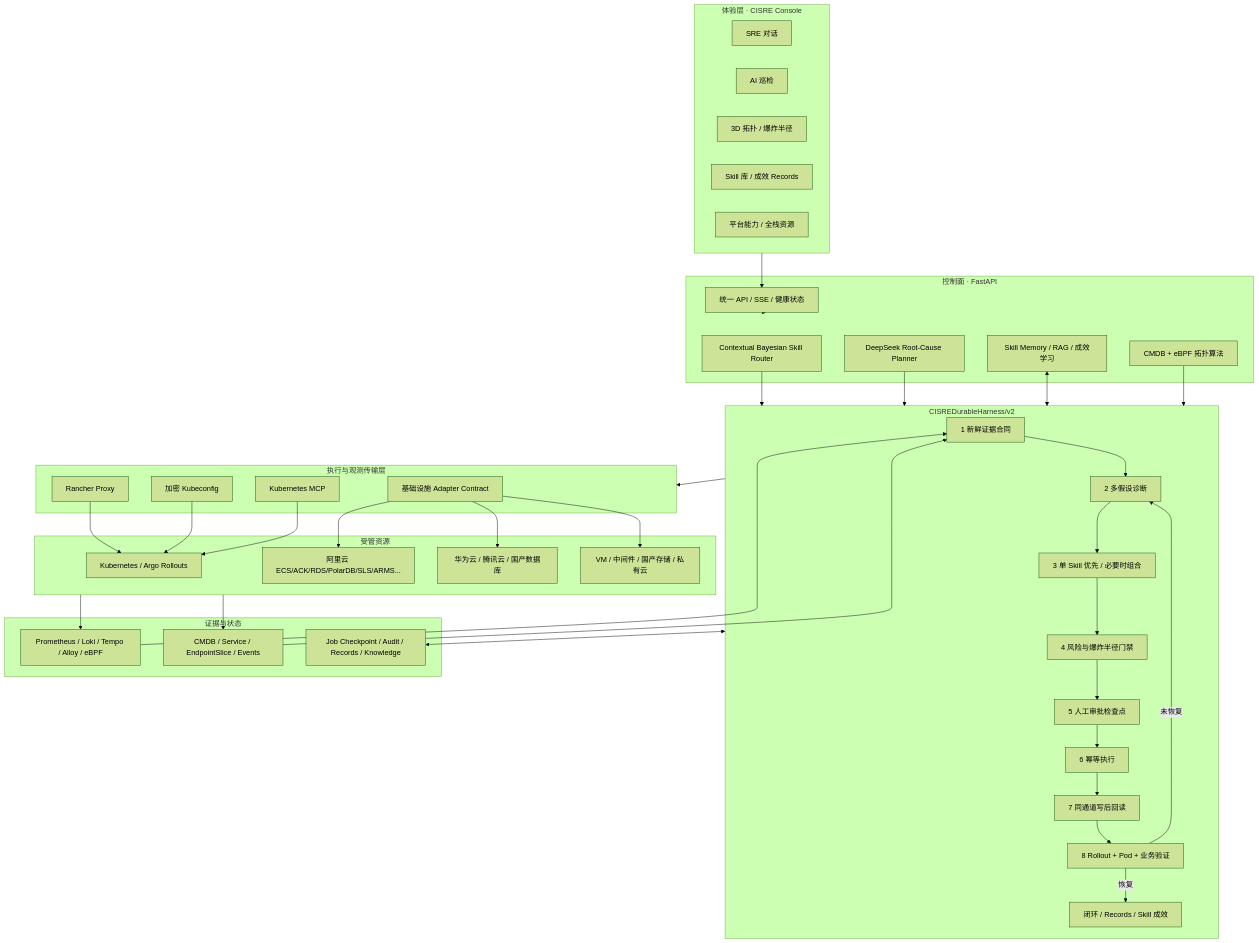
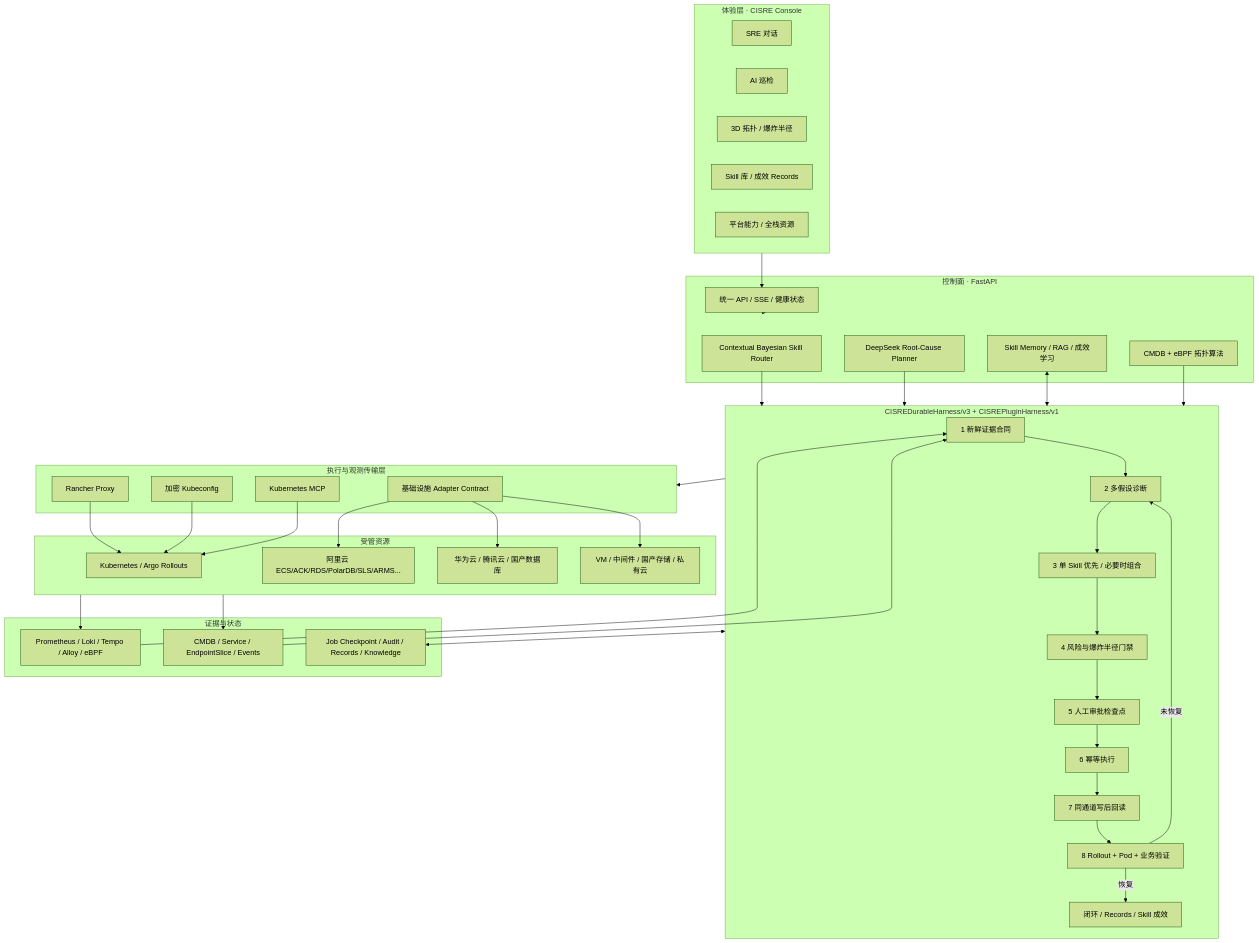
The diagram in docs/CISRE_ARCHITECTURE_ZH.md (William-Lu-stack/Flawless), drawn with Mermaid (forest theme) before and after one commit. The commit also changed other lines of this file and 60 other files, not shown here.

````diff
--- a/docs/CISRE_ARCHITECTURE_ZH.md
+++ b/docs/CISRE_ARCHITECTURE_ZH.md
@@ -7,69 +7,69 @@
 ```mermaid
 flowchart TB
   subgraph UX["体验层 · CISRE Console"]
     CHAT["SRE 对话"]
     INSPECT["AI 巡检"]
     TOPO["3D 拓扑 / 爆炸半径"]
     SKILLS["Skill 库 / 成效 Records"]
     PLATFORM["平台能力 / 全栈资源"]
   end
 
   subgraph CP["控制面 · FastAPI"]
     API["统一 API / SSE / 健康状态"]
     ROUTER["Contextual Bayesian Skill Router"]
     PLANNER["DeepSeek Root-Cause Planner"]
     MEMORY["Skill Memory / RAG / 成效学习"]
     TOPOLOGY["CMDB + eBPF 拓扑算法"]
   end
 
-  subgraph HARNESS["CISREDurableHarness/v2"]
+  subgraph HARNESS["CISREDurableHarness/v3 + CISREPluginHarness/v1"]
     E["1 新鲜证据合同"] --> H["2 多假设诊断"]
     H --> S["3 单 Skill 优先 / 必要时组合"]
     S --> G["4 风险与爆炸半径门禁"]
     G --> A["5 人工审批检查点"]
     A --> X["6 幂等执行"]
     X --> R["7 同通道写后回读"]
     R --> V["8 Rollout + Pod + 业务验证"]
     V -->|"恢复"| DONE["闭环 / Records / Skill 成效"]
     V -->|"未恢复"| H
   end
 
   subgraph TRANSPORT["执行与观测传输层"]
     RANCHER["Rancher Proxy"]
     KCFG["加密 Kubeconfig"]
     MCP["Kubernetes MCP"]
     INFRA["基础设施 Adapter Contract"]
   end
 
   subgraph TARGETS["受管资源"]
     K8S["Kubernetes / Argo Rollouts"]
     ALI["阿里云 ECS/ACK/RDS/PolarDB/SLS/ARMS..."]
     DOMESTIC["华为云 / 腾讯云 / 国产数据库"]
     DC["VM / 中间件 / 国产存储 / 私有云"]
   end
 
   subgraph EVIDENCE["证据与状态"]
     OBS["Prometheus / Loki / Tempo / Alloy / eBPF"]
     CMDB["CMDB / Service / EndpointSlice / Events"]
     STORE["Job Checkpoint / Audit / Records / Knowledge"]
   end
 
   UX --> API
   API --> CP
   ROUTER --> HARNESS
   PLANNER --> HARNESS
   MEMORY <--> HARNESS
   TOPOLOGY --> HARNESS
   HARNESS <--> STORE
   HARNESS --> TRANSPORT
   RANCHER --> K8S
   KCFG --> K8S
   MCP --> K8S
   INFRA --> ALI
   INFRA --> DOMESTIC
   INFRA --> DC
   TARGETS --> OBS
   TARGETS --> CMDB
   OBS --> E
   CMDB --> E
 ```
````
